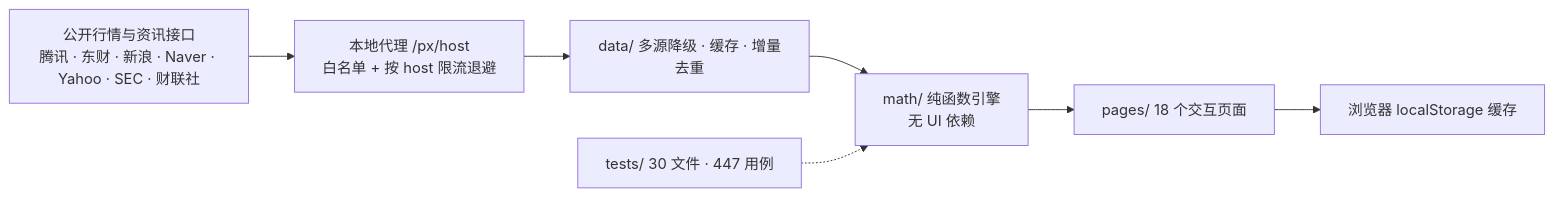
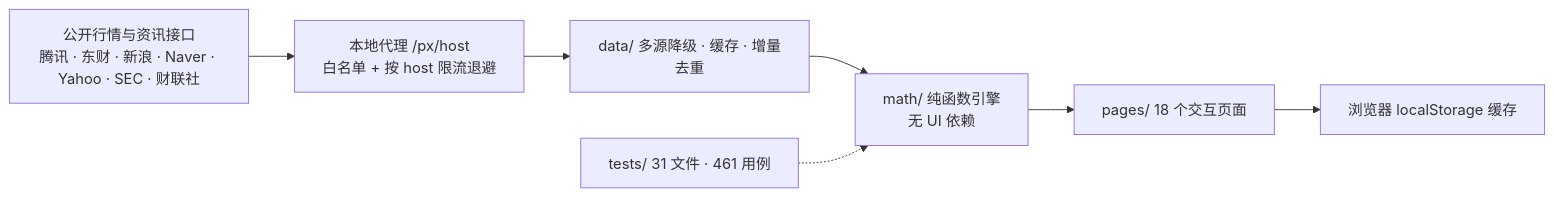
One commit to nickilchen/MathQuant_Lab changed the diagram in README.md. Above: the diagram before and after it, drawn with Mermaid. The commit also changed other lines of this file and 10 other files, not shown here.

````diff
--- a/README.md
+++ b/README.md
@@ -36,9 +40,9 @@
 ```mermaid
 flowchart LR
   S["公开行情与资讯接口<br/>腾讯 · 东财 · 新浪 · Naver · Yahoo · SEC · 财联社"] --> P["本地代理 /px/host<br/>白名单 + 按 host 限流退避"]
   P --> D["data/ 多源降级 · 缓存 · 增量去重"]
   D --> M["math/ 纯函数引擎<br/>无 UI 依赖"]
   M --> U["pages/ 18 个交互页面"]
   U --> L["浏览器 localStorage 缓存"]
-  T["tests/ 30 文件 · 447 用例"] -.-> M
+  T["tests/ 31 文件 · 461 用例"] -.-> M
 ```
````
